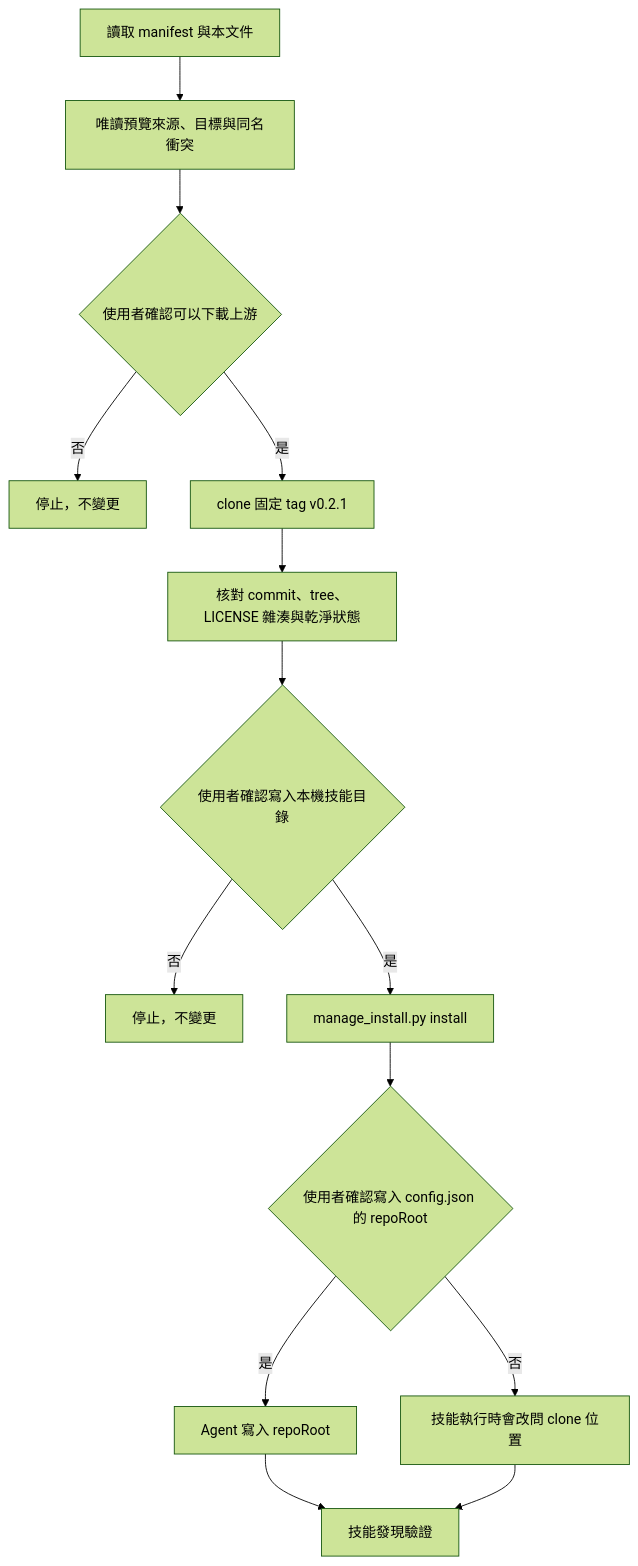
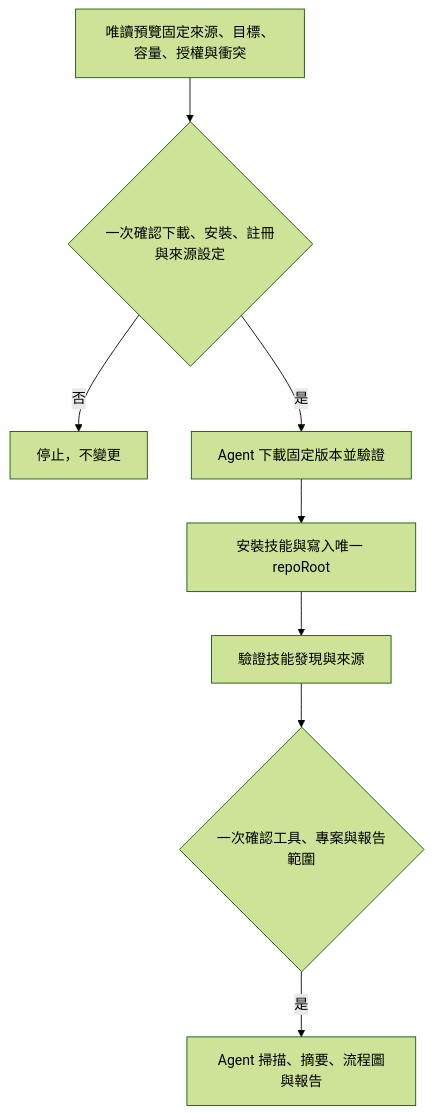
One commit to iamraven-tw/raven-ai-workflow-toolbox changed the diagram in skill-packs/agent-inventory/INSTALL.md. Above: the diagram before and after it, drawn with Mermaid (forest theme). The commit also changed other lines of this file and 190 other files, not shown here.

````diff
--- a/skill-packs/agent-inventory/INSTALL.md
+++ b/skill-packs/agent-inventory/INSTALL.md
@@ -9,16 +9,10 @@
 ```mermaid
 flowchart TD
-    A[讀取 manifest 與本文件] --> B[唯讀預覽來源、目標與同名衝突]
-    B --> C{使用者確認可以下載上游}
-    C -- 否 --> S1[停止，不變更]
-    C -- 是 --> D[clone 固定 tag v0.2.1]
-    D --> E[核對 commit、tree、LICENSE 雜湊與乾淨狀態]
-    E --> F{使用者確認寫入本機技能目錄}
-    F -- 否 --> S2[停止，不變更]
-    F -- 是 --> G[manage_install.py install]
-    G --> H{使用者確認寫入 config.json 的 repoRoot}
-    H -- 是 --> I[Agent 寫入 repoRoot]
-    H -- 否 --> J[技能執行時會改問 clone 位置]
-    I --> K[技能發現驗證]
-    J --> K
+    A[唯讀預覽固定來源、目標、容量、授權與衝突] --> B{一次確認下載、安裝、註冊與來源設定}
+    B -- 否 --> S[停止，不變更]
+    B -- 是 --> C[Agent 下載固定版本並驗證]
+    C --> D[安裝技能與寫入唯一 repoRoot]
+    D --> E[驗證技能發現與來源]
+    E --> F{一次確認工具、專案與報告範圍}
+    F -- 是 --> G[Agent 掃描、摘要、流程圖與報告]
 ```
````
